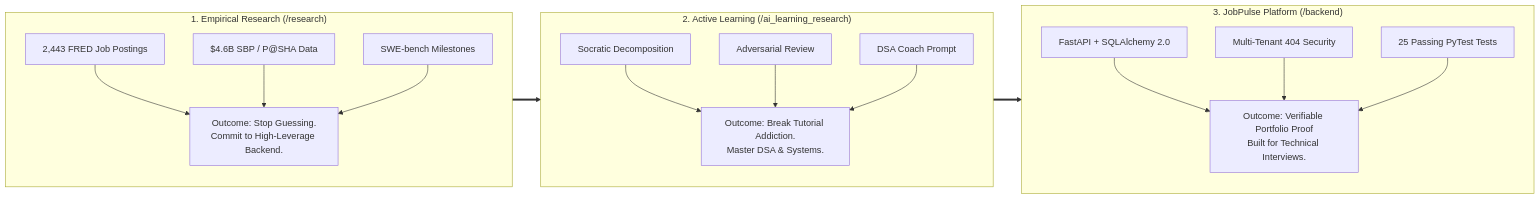
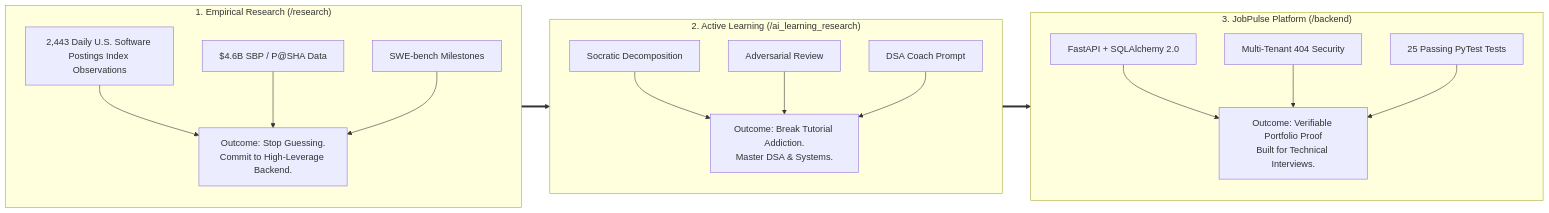
One commit to bilalfarid-1/whattochoose changed the diagram in README.md. Above: the diagram before and after it, drawn with Mermaid. The commit also changed other lines of this file and 6 other files, not shown here.

Commit message:
fix: correct Stanford citation and caveats, align README claims and diagram, harmonize SWE-bench fields, and fix roadmap link

````diff
--- a/README.md
+++ b/README.md
@@ -33,28 +33,28 @@
 ```mermaid
 flowchart LR
     subgraph Part1 ["1. Empirical Research (/research)"]
         direction TB
-        R1["2,443 FRED Job Postings"]
+        R1["2,443 Daily U.S. Software Postings Index Observations"]
         R2["$4.6B SBP / P@SHA Data"]
         R3["SWE-bench Milestones"]
         R1 & R2 & R3 --> ROut["Outcome: Stop Guessing.<br>Commit to High-Leverage Backend."]
     end
 
     subgraph Part2 ["2. Active Learning (/ai_learning_research)"]
         direction TB
         L1["Socratic Decomposition"]
         L2["Adversarial Review"]
         L3["DSA Coach Prompt"]
         L1 & L2 & L3 --> LOut["Outcome: Break Tutorial Addiction.<br>Master DSA & Systems."]
     end
 
     subgraph Part3 ["3. JobPulse Platform (/backend)"]
         direction TB
         A1["FastAPI + SQLAlchemy 2.0"]
         A2["Multi-Tenant 404 Security"]
         A3["25 Passing PyTest Tests"]
         A1 & A2 & A3 --> AOut["Outcome: Verifiable Portfolio Proof<br>Built for Technical Interviews."]
     end
 
     ROut ==> LOut ==> AOut
 ```
````
